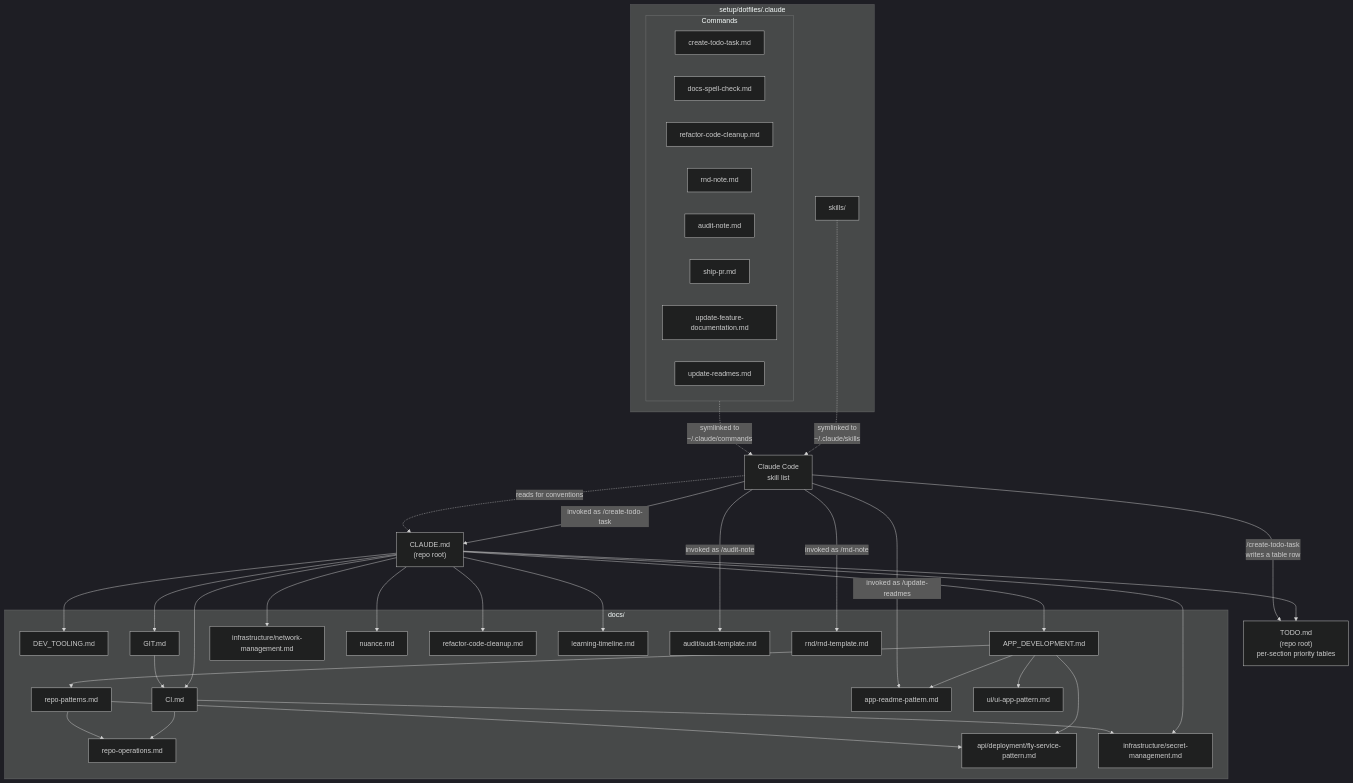
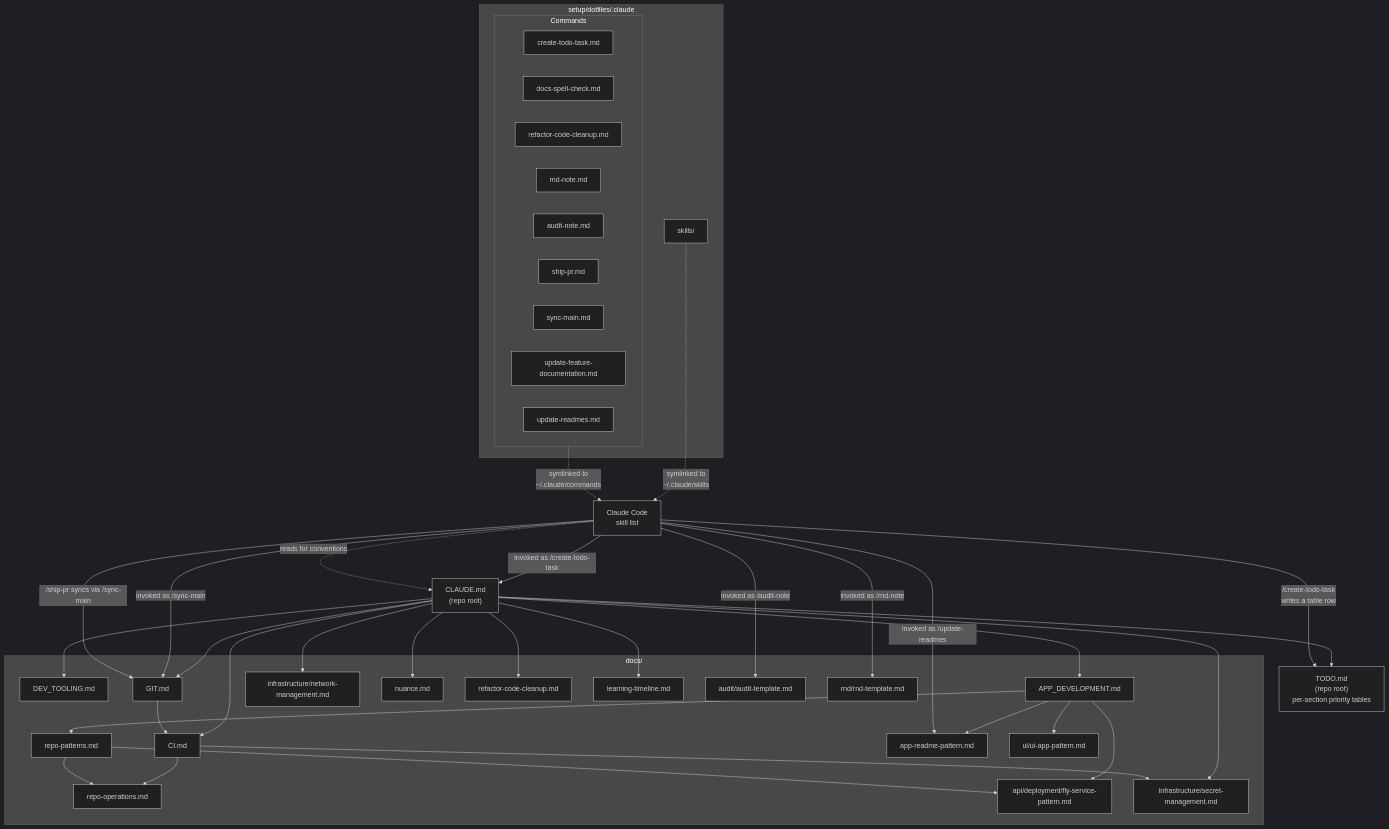
Before and after one commit to iamharryliu/vigilant-broccoli: the diagram in docs/agent-diagram.md, drawn with Mermaid (dark theme). The commit also changed other lines of this file and 4 other files, not shown here.

First line of the commit message:
feat(claude): Sync branches with main early so conflicts stay small. (#582)

````diff
--- a/docs/agent-diagram.md
+++ b/docs/agent-diagram.md
@@ -5,69 +5,72 @@
 ```mermaid
 flowchart TD
     CLAUDE["CLAUDE.md<br/>(repo root)"]
     TODO["TODO.md<br/>(repo root)<br/>per-section priority tables"]
 
     subgraph DOCS["docs/"]
         DEV_TOOLING["DEV_TOOLING.md"]
         CI["CI.md"]
         APP_DEV["APP_DEVELOPMENT.md"]
         GIT["GIT.md"]
         NETWORK["infrastructure/network-management.md"]
         NUANCE["nuance.md"]
         REPO_PATTERNS["repo-patterns.md"]
         REPO_OPS["repo-operations.md"]
         APP_README["app-readme-pattern.md"]
         UI_PATTERN["ui/ui-app-pattern.md"]
         FLY_PATTERN["api/deployment/fly-service-pattern.md"]
         SECRETS["infrastructure/secret-management.md"]
         REFACTOR["refactor-code-cleanup.md"]
         TIMELINE["learning-timeline.md"]
         AUDIT_TPL["audit/audit-template.md"]
         RND_TPL["rnd/rnd-template.md"]
     end
 
     CLAUDE --> DEV_TOOLING
     CLAUDE --> CI
     CLAUDE --> APP_DEV
     CLAUDE --> GIT
     CLAUDE --> NETWORK
     CLAUDE --> SECRETS
     CLAUDE --> NUANCE
     CLAUDE --> REFACTOR
     CLAUDE --> TODO
     CLAUDE --> TIMELINE
 
     CI --> REPO_OPS
     CI --> SECRETS
     GIT --> CI
     APP_DEV --> REPO_PATTERNS
     APP_DEV --> APP_README
     APP_DEV --> UI_PATTERN
     APP_DEV --> FLY_PATTERN
     REPO_PATTERNS --> FLY_PATTERN
     REPO_PATTERNS --> REPO_OPS
 
     subgraph SKILLS["setup/dotfiles/.claude"]
         subgraph COMMANDS["Commands"]
             CMD_TODO["create-todo-task.md"]
             CMD_SPELLCHECK["docs-spell-check.md"]
             CMD_REFACTOR_CLEANUP["refactor-code-cleanup.md"]
             CMD_RND_NOTE["rnd-note.md"]
             CMD_AUDIT_NOTE["audit-note.md"]
             CMD_SHIP_PR["ship-pr.md"]
+            CMD_SYNC_MAIN["sync-main.md"]
             CMD_UPDATE_FEATURE_DOCS["update-feature-documentation.md"]
             CMD_UPDATE_READMES["update-readmes.md"]
         end
         SKILLDIR["skills/"]
     end
 
     COMMANDS -.->|symlinked to<br/>~/.claude/commands| CLAUDECODE["Claude Code<br/>skill list"]
     SKILLDIR -.->|symlinked to<br/>~/.claude/skills| CLAUDECODE
 
     CLAUDECODE -->|invoked as /update-readmes| APP_README
     CLAUDECODE -->|invoked as /create-todo-task| CLAUDE
     CLAUDECODE -->|/create-todo-task<br/>writes a table row| TODO
+    CLAUDECODE -->|invoked as /sync-main| GIT
+    CLAUDECODE -->|/ship-pr syncs via /sync-main| GIT
     CLAUDECODE -->|invoked as /audit-note| AUDIT_TPL
     CLAUDECODE -->|invoked as /rnd-note| RND_TPL
     CLAUDECODE -.->|reads for conventions| CLAUDE
 ```
````
